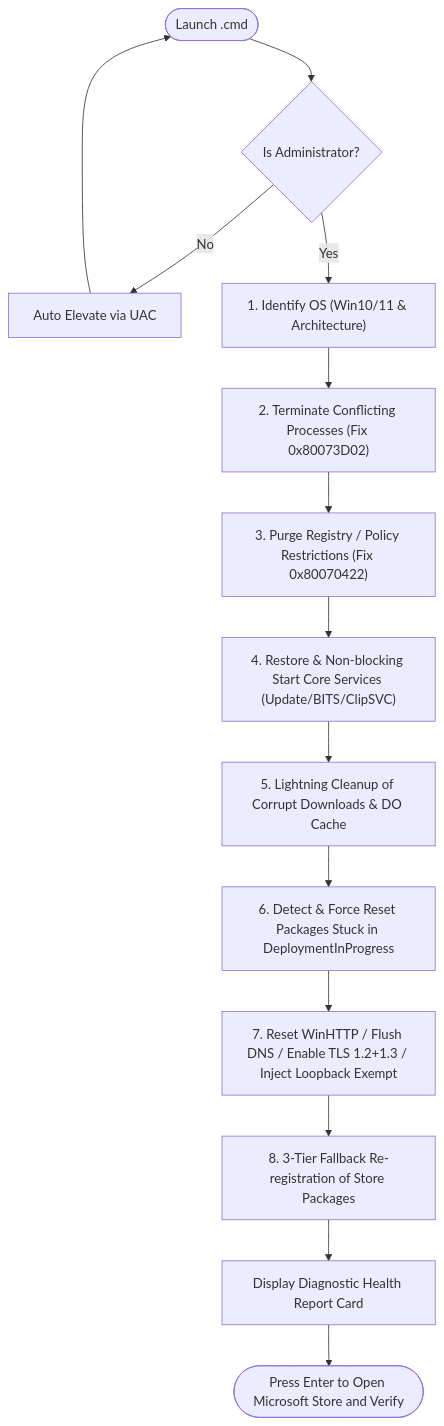
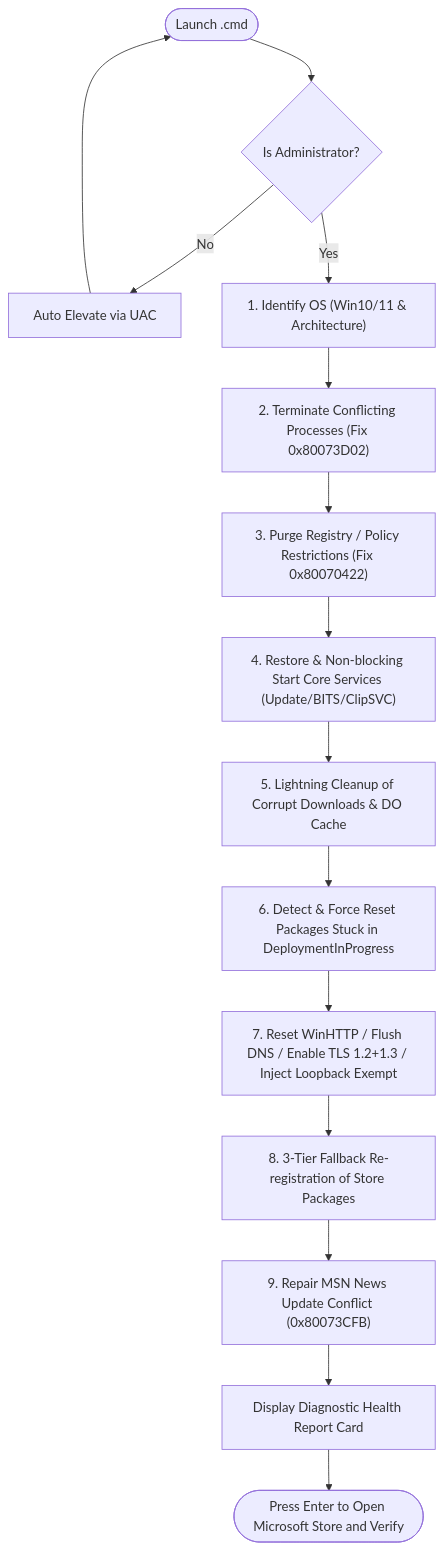
One commit to 1837620622/MicrosoftStoreRepairTool changed the first of 2 diagrams in README.md. Above: the diagram before and after it, drawn with Mermaid. The commit also changed other lines of this file and 1 other file, not shown here.

First line of the commit message:
fix: repair MSN News 0x80073CFB conflict and harden the tool

````diff
--- a/README.md
+++ b/README.md
@@ -67,17 +71,18 @@
 ```mermaid
 flowchart TD
     Start(["Launch .cmd"]) --> Elevate{"Is Administrator?"}
     Elevate --"No"--> UAC["Auto Elevate via UAC"] --> Start
     Elevate --"Yes"--> Step1["1. Identify OS (Win10/11 & Architecture)"]
     
     Step1 --> Step2["2. Terminate Conflicting Processes (Fix 0x80073D02)"]
     Step2 --> Step3["3. Purge Registry / Policy Restrictions (Fix 0x80070422)"]
     Step3 --> Step4["4. Restore & Non-blocking Start Core Services (Update/BITS/ClipSVC)"]
     Step4 --> Step5["5. Lightning Cleanup of Corrupt Downloads & DO Cache"]
     Step5 --> Step6["6. Detect & Force Reset Packages Stuck in DeploymentInProgress"]
     Step6 --> Step7["7. Reset WinHTTP / Flush DNS / Enable TLS 1.2+1.3 / Inject Loopback Exempt"]
     Step7 --> Step8["8. 3-Tier Fallback Re-registration of Store Packages"]
+    Step8 --> Step9["9. Repair MSN News Update Conflict (0x80073CFB)"]
     
-    Step8 --> Report["Display Diagnostic Health Report Card"]
+    Step9 --> Report["Display Diagnostic Health Report Card"]
     Report --> Finish(["Press Enter to Open Microsoft Store and Verify"])
 ```
````
